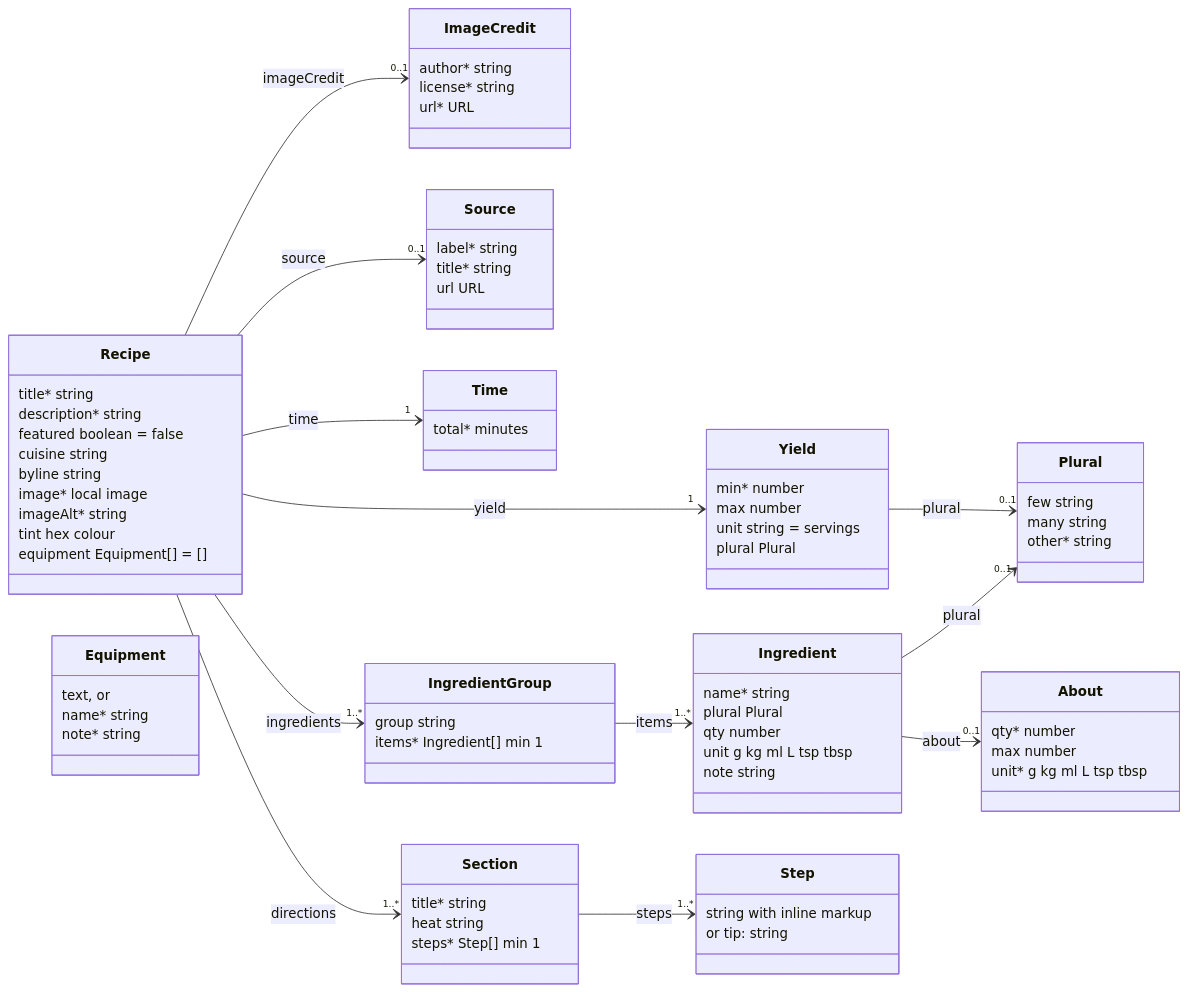
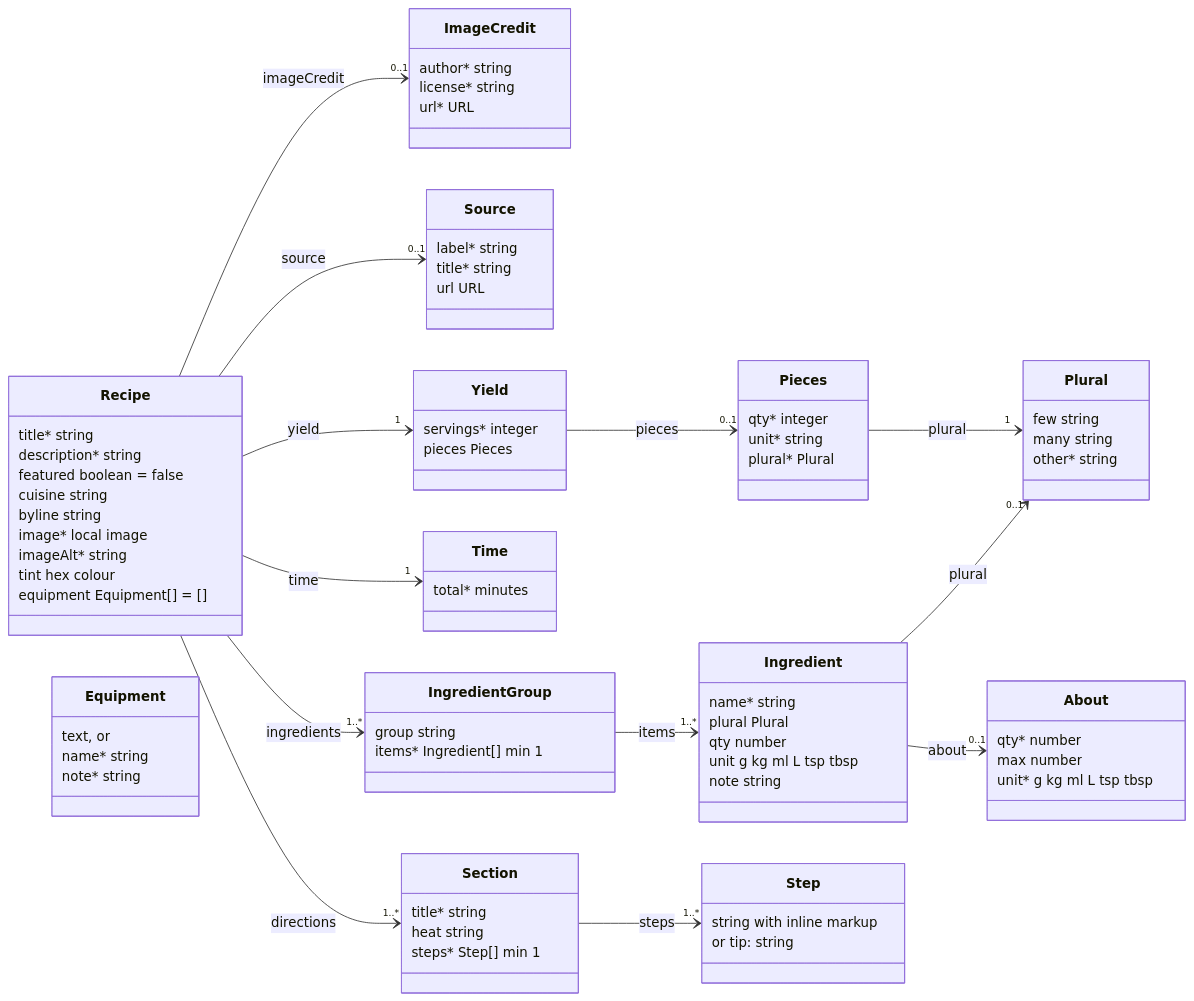
One commit to pschonfeld/soowee changed the second of 3 diagrams in docs/recipe-model.md. Above: the diagram before and after it, drawn with Mermaid. The commit also changed other lines of this file and 39 other files, not shown here.

```diff
--- a/docs/recipe-model.md
+++ b/docs/recipe-model.md
@@ -71,10 +71,13 @@
     url URL
   }
   class Yield {
-    min* number
-    max number
-    unit string = servings
-    plural Plural
+    servings* integer
+    pieces Pieces
+  }
+  class Pieces {
+    qty* integer
+    unit* string
+    plural* Plural
   }
   class Plural {
     few string
@@ -117,7 +120,8 @@
   Recipe --> "0..1" ImageCredit : imageCredit
   Recipe --> "0..1" Source : source
   Recipe --> "1" Yield : yield
-  Yield --> "0..1" Plural : plural
+  Yield --> "0..1" Pieces : pieces
+  Pieces --> "1" Plural : plural
   Ingredient --> "0..1" Plural : plural
   Recipe --> "1" Time : time
   Recipe --> "1..*" IngredientGroup : ingredients
```
